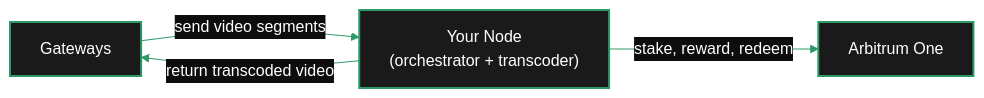
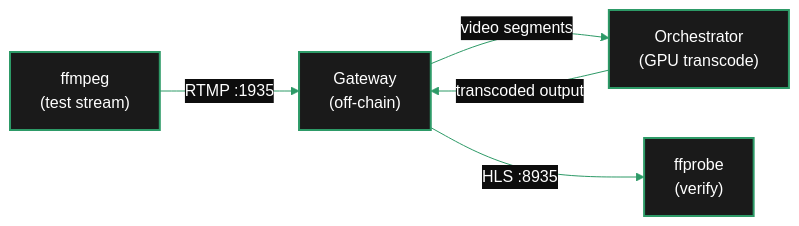
Before and after one commit to sidestream-tech/livepeer-docs: the diagram in v2/orchestrators/quickstart/video-transcoding.mdx, drawn with Mermaid. The commit also changed other lines of this file and 23 other files, not shown here.

````diff
--- a/v2/orchestrators/quickstart/video-transcoding.mdx
+++ b/v2/orchestrators/quickstart/video-transcoding.mdx
@@ -276,8 +220,9 @@
 ```mermaid
-%%{init: {'theme': 'base', 'themeVariables': { 'primaryColor': '#1a1a1a', 'primaryTextColor': '#fff', 'primaryBorderColor': '#2d9a67', 'lineColor': '#2d9a67', 'secondaryColor': '#0d0d0d', 'tertiaryColor': '#1a1a1a', 'background': '#0d0d0d' }}}%%
+%%{init: {'theme': 'base', 'themeVariables': { 'primaryColor': '#1a1a1a', 'primaryTextColor': '#fff', 'primaryBorderColor': '#2d9a67', 'lineColor': '#2d9a67', 'secondaryColor': '#0d0d0d', 'tertiaryColor': '#1a1a1a', 'background': '#0d0d0d', 'fontFamily': 'system-ui' }}}%%
 flowchart LR
-    classDef default stroke-width:2px
-    GW["Gateways"] -->|"send video segments"| Node["Your Node\n(orchestrator + transcoder)"]
-    Node -->|"return transcoded video"| GW
-    Node -->|"stake, reward, redeem"| Arb["Arbitrum One"]
+  classDef default fill:#1a1a1a,color:#fff,stroke:#2d9a67,stroke-width:2px
+  F["ffmpeg\n(test stream)"] -->|"RTMP :1935"| GW["Gateway\n(off-chain)"]
+  GW -->|"video segments"| ORC["Orchestrator\n(GPU transcode)"]
+  ORC -->|"transcoded output"| GW
+  GW -->|"HLS :8935"| OUT["ffprobe\n(verify)"]
 ```
````
